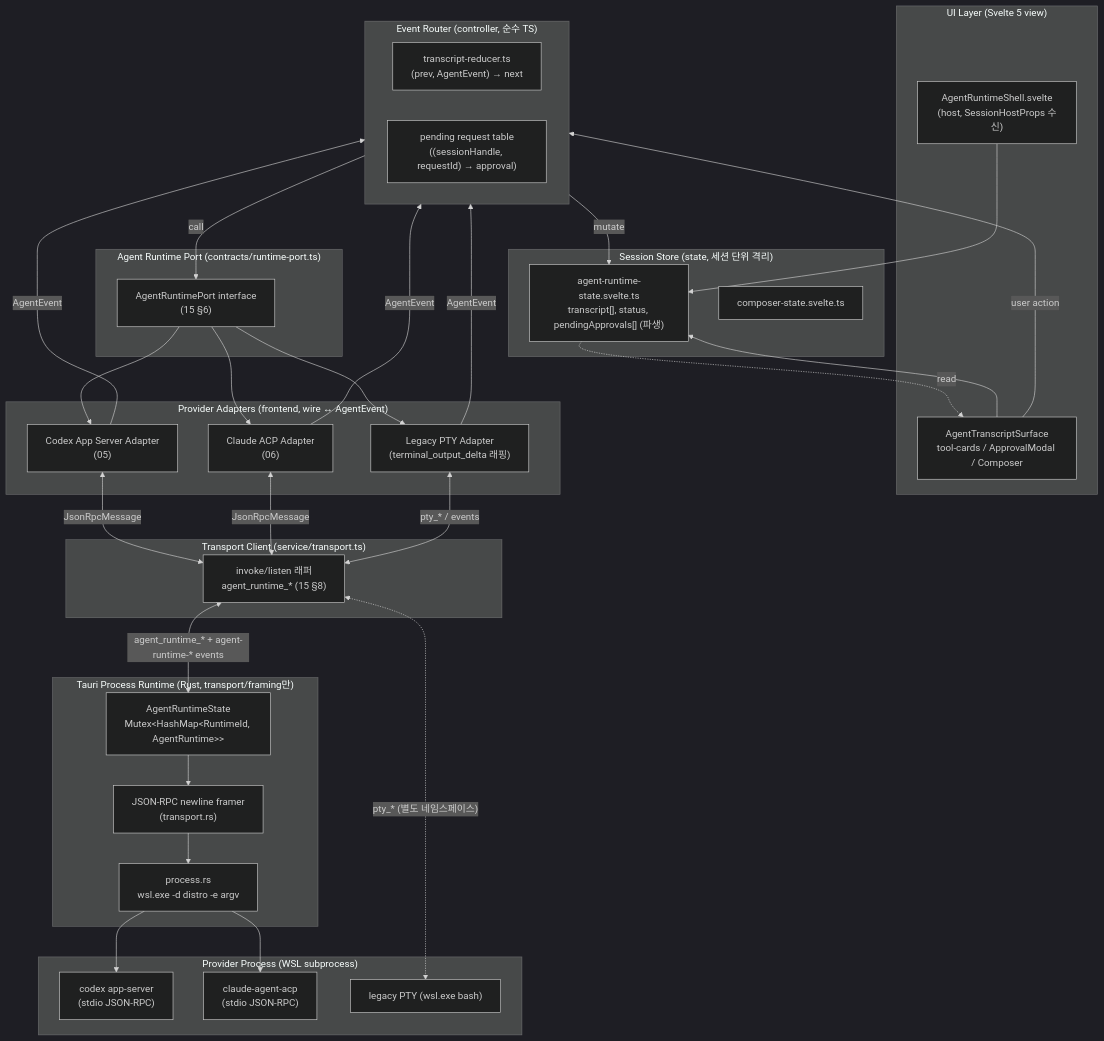
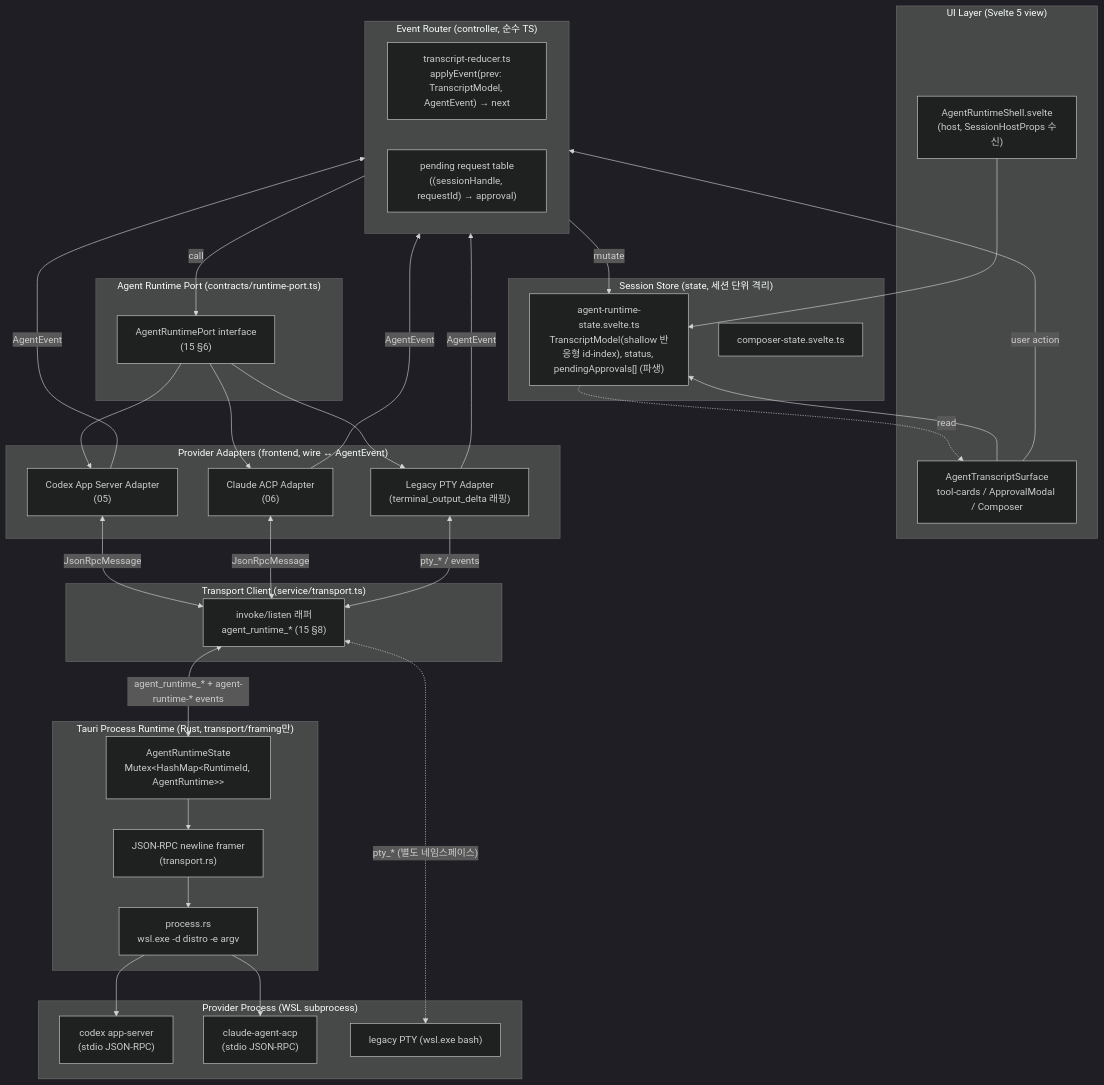
Before and after one commit to ummoftgo/clcomx: the diagram in docs/plans/agent-direct-runtime/03-target-architecture.md, drawn with Mermaid (dark theme). The commit also changed other lines of this file and 9 other files, not shown here.

First line of the commit message:
docs(agent-direct-runtime): add long-session transcript memory model (ADR-002)

````diff
--- a/docs/plans/agent-direct-runtime/03-target-architecture.md
+++ b/docs/plans/agent-direct-runtime/03-target-architecture.md
@@ -28,65 +28,65 @@
 ```mermaid
 flowchart TB
   subgraph UI["UI Layer (Svelte 5 view)"]
     Shell["AgentRuntimeShell.svelte<br/>(host, SessionHostProps 수신)"]
     Transcript["AgentTranscriptSurface<br/>tool-cards / ApprovalModal / Composer"]
   end
 
   subgraph Store["Session Store (state, 세션 단위 격리)"]
-    RtState["agent-runtime-state.svelte.ts<br/>transcript[], status, pendingApprovals[] (파생)"]
+    RtState["agent-runtime-state.svelte.ts<br/>TranscriptModel(shallow 반응형 id-index), status, pendingApprovals[] (파생)"]
     Composer["composer-state.svelte.ts"]
   end
 
   subgraph Router["Event Router (controller, 순수 TS)"]
-    Reducer["transcript-reducer.ts<br/>(prev, AgentEvent) → next"]
+    Reducer["transcript-reducer.ts<br/>applyEvent(prev: TranscriptModel, AgentEvent) → next"]
     PendingTbl["pending request table<br/>((sessionHandle, requestId) → approval)"]
   end
 
   subgraph Port["Agent Runtime Port (contracts/runtime-port.ts)"]
     PortIf["AgentRuntimePort interface<br/>(15 §6)"]
   end
 
   subgraph Adapters["Provider Adapters (frontend, wire ↔ AgentEvent)"]
     CodexAd["Codex App Server Adapter<br/>(05)"]
     ClaudeAd["Claude ACP Adapter<br/>(06)"]
     LegacyAd["Legacy PTY Adapter<br/>(terminal_output_delta 래핑)"]
   end
 
   subgraph Transport["Transport Client (service/transport.ts)"]
     TClient["invoke/listen 래퍼<br/>agent_runtime_* (15 §8)"]
   end
 
   subgraph Backend["Tauri Process Runtime (Rust, transport/framing만)"]
     RtMgr["AgentRuntimeState<br/>Mutex&lt;HashMap&lt;RuntimeId, AgentRuntime&gt;&gt;"]
     Framer["JSON-RPC newline framer<br/>(transport.rs)"]
     Proc["process.rs<br/>wsl.exe -d distro -e argv"]
   end
 
   subgraph Provider["Provider Process (WSL subprocess)"]
     CodexP["codex app-server<br/>(stdio JSON-RPC)"]
     ClaudeP["claude-agent-acp<br/>(stdio JSON-RPC)"]
     PtyP["legacy PTY (wsl.exe bash)"]
   end
 
   Shell --> RtState
   Transcript --> RtState
   Transcript -->|user action| Router
   RtState -. read .-> Transcript
   Router -->|mutate| RtState
   Router -->|call| PortIf
   PortIf --> CodexAd
   PortIf --> ClaudeAd
   PortIf --> LegacyAd
   CodexAd -->|AgentEvent| Router
   ClaudeAd -->|AgentEvent| Router
   LegacyAd -->|AgentEvent| Router
   CodexAd <-->|JsonRpcMessage| TClient
   ClaudeAd <-->|JsonRpcMessage| TClient
   LegacyAd <-->|pty_* / events| TClient
   TClient <-->|"agent_runtime_* + agent-runtime-* events"| RtMgr
   RtMgr --> Framer
   Framer --> Proc
   Proc --> CodexP
   Proc --> ClaudeP
   TClient <-.->|"pty_* (별도 네임스페이스)"| PtyP
 ```
````
